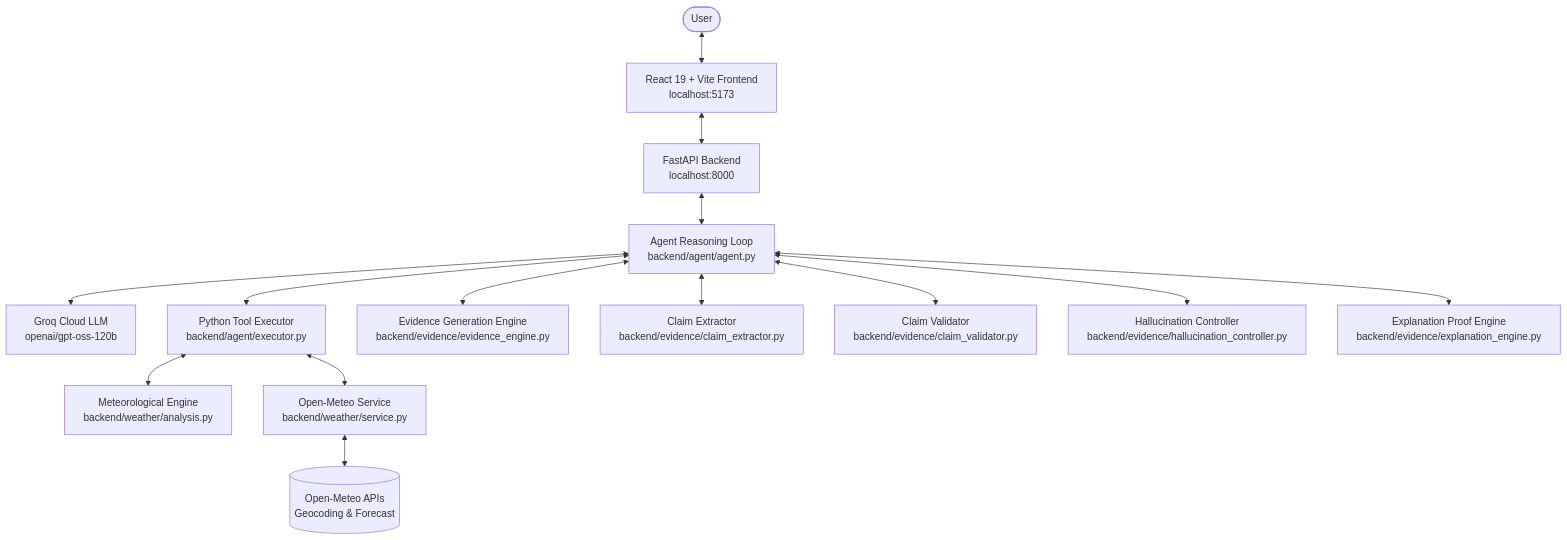
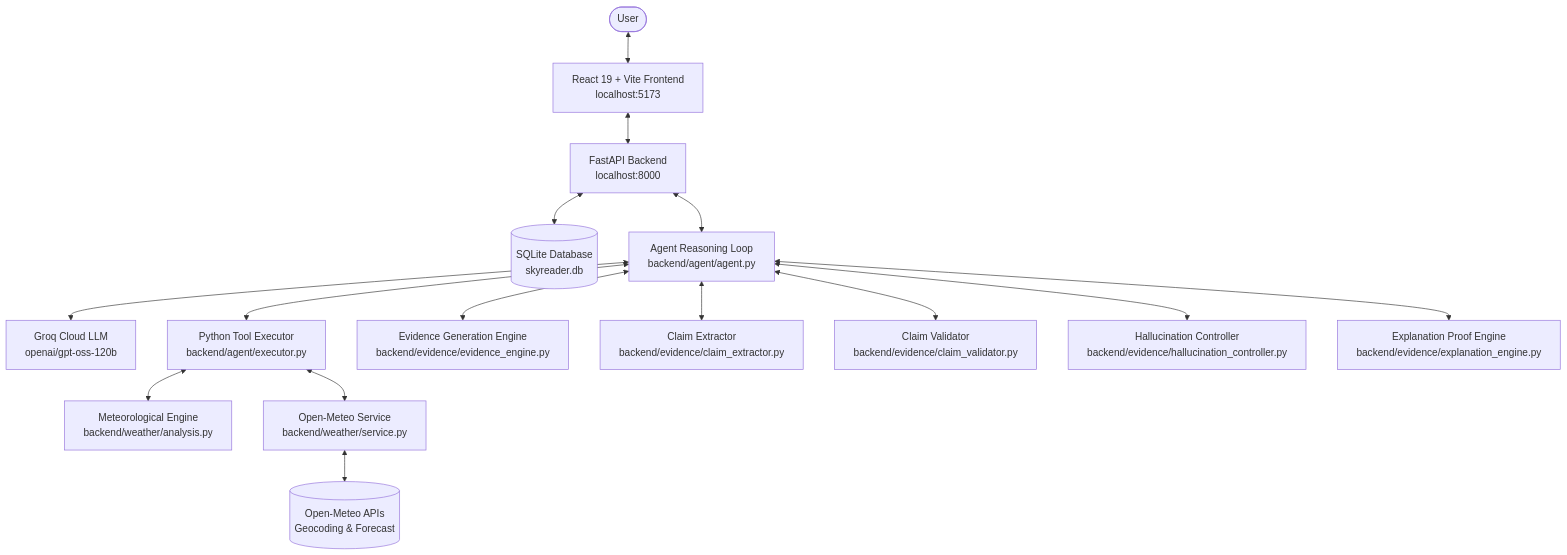
Before and after one commit to TaruneshM/Sky-Reader: the diagram in README.md, drawn with Mermaid. The commit also changed other lines of this file, not shown here.

````diff
--- a/README.md
+++ b/README.md
@@ -77,18 +106,19 @@
 ```mermaid
 flowchart TD
     User([User]) <--> Frontend["React 19 + Vite Frontend<br/>localhost:5173"]
     Frontend <--> API["FastAPI Backend<br/>localhost:8000"]
+    API <--> SQLite[("SQLite Database<br/>skyreader.db")]
     API <--> Agent["Agent Reasoning Loop<br/>backend/agent/agent.py"]
     Agent <--> GroqLLM["Groq Cloud LLM<br/>openai/gpt-oss-120b"]
     Agent <--> Executor["Python Tool Executor<br/>backend/agent/executor.py"]
     Executor <--> Analysis["Meteorological Engine<br/>backend/weather/analysis.py"]
     Executor <--> Service["Open-Meteo Service<br/>backend/weather/service.py"]
     Service <--> OpenMeteo[("Open-Meteo APIs<br/>Geocoding & Forecast")]
 
-    %% Phase 4 Explainability & Validation Pipeline
+    %% Evidence Generation & Verification
     Agent <--> EvEngine["Evidence Generation Engine<br/>backend/evidence/evidence_engine.py"]
     Agent <--> ClaimExt["Claim Extractor<br/>backend/evidence/claim_extractor.py"]
     Agent <--> ClaimVal["Claim Validator<br/>backend/evidence/claim_validator.py"]
     Agent <--> HallucCtrl["Hallucination Controller<br/>backend/evidence/hallucination_controller.py"]
     Agent <--> ExplEngine["Explanation Proof Engine<br/>backend/evidence/explanation_engine.py"]
 ```
````
